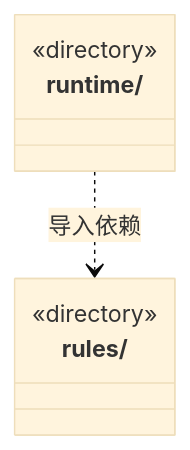
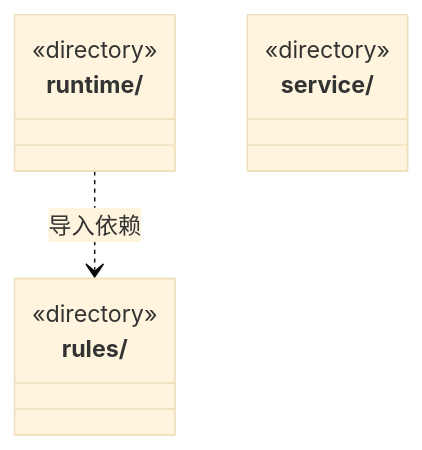
Before and after one commit to nan023062/cbim: the diagram in src/logic/evidence/ARCHITECTURE.md, drawn with Mermaid (base theme). The commit also changed other lines of this file and 657 other files, not shown here.

````diff
--- a/src/logic/evidence/ARCHITECTURE.md
+++ b/src/logic/evidence/ARCHITECTURE.md
@@ -15,10 +15,13 @@
 ```mermaid
 classDiagram
 class N_src_logic_evidence_rules["rules/"] {
   <<directory>>
 }
 class N_src_logic_evidence_runtime["runtime/"] {
   <<directory>>
 }
+class N_src_logic_evidence_service["service/"] {
+  <<directory>>
+}
 N_src_logic_evidence_runtime ..> N_src_logic_evidence_rules : 导入依赖
 ```
````
